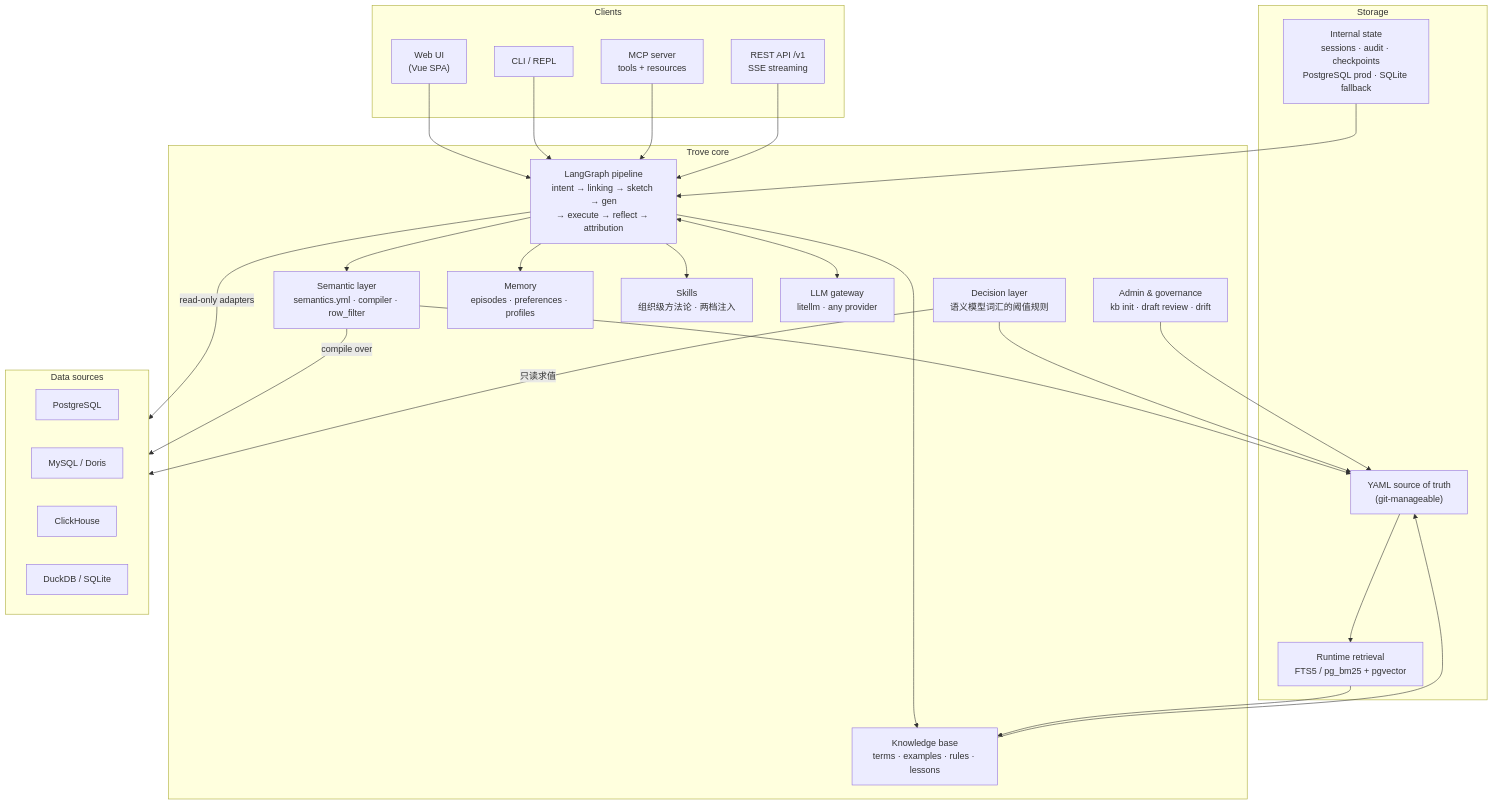
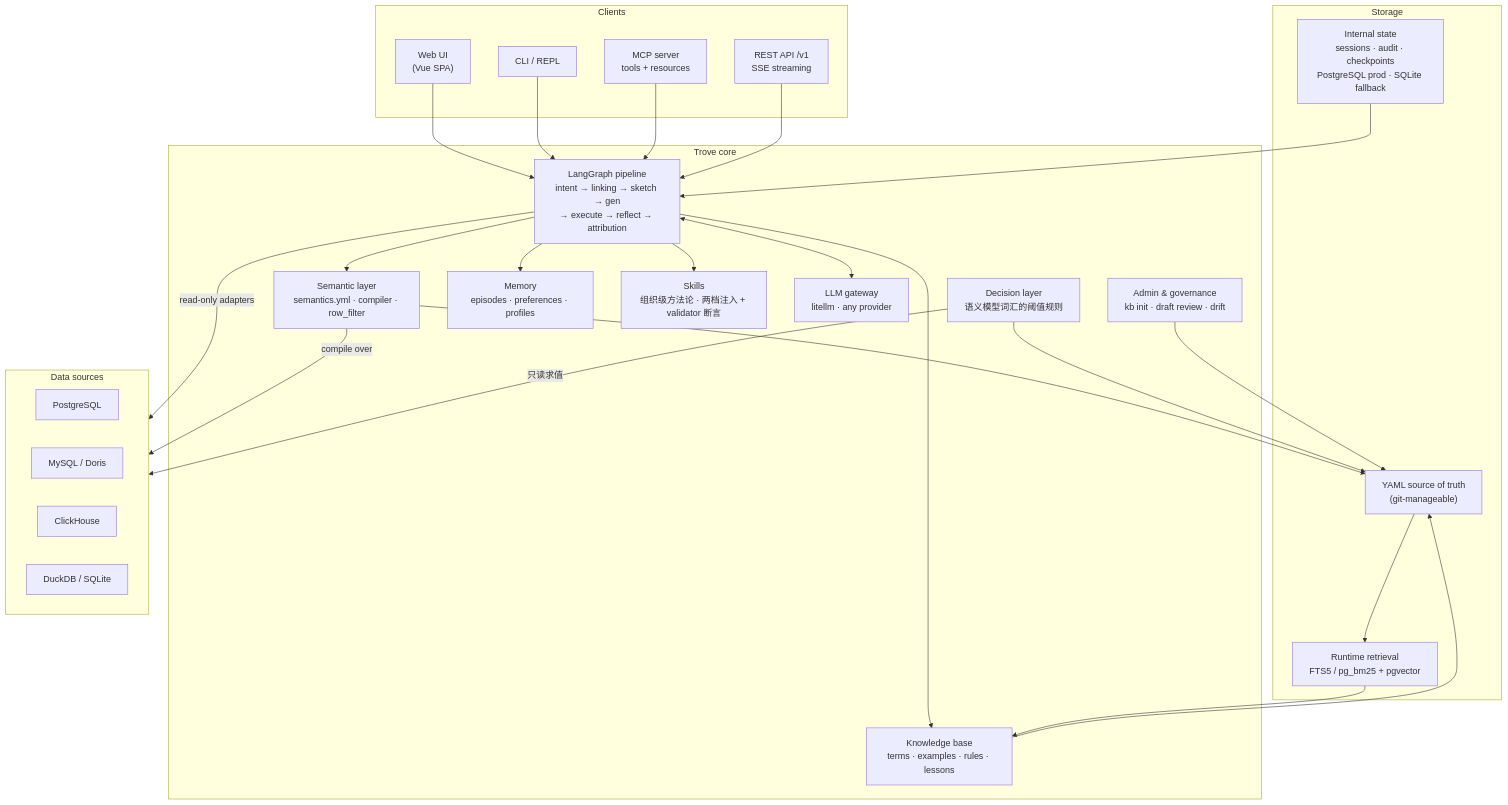
Before and after one commit to Nivane/trove: the first of 4 diagrams in README.md, drawn with Mermaid. The commit also changed other lines of this file and 25 other files, not shown here.

````diff
--- a/README.md
+++ b/README.md
@@ -74,47 +74,47 @@
 ```mermaid
 flowchart TB
     subgraph clients["Clients"]
         UI["Web UI<br/>(Vue SPA)"]
         REPL["CLI / REPL"]
         MCP["MCP server<br/>tools + resources"]
         API["REST API /v1<br/>SSE streaming"]
     end
 
     subgraph core["Trove core"]
         wf["LangGraph pipeline<br/>intent → linking → sketch → gen<br/>→ execute → reflect → attribution"]
         semantic["Semantic layer<br/>semantics.yml · compiler · row_filter"]
         kb["Knowledge base<br/>terms · examples · rules · lessons"]
         decision["Decision layer<br/>语义模型词汇的阈值规则"]
         memory["Memory<br/>episodes · preferences · profiles"]
-        skills["Skills<br/>组织级方法论 · 两档注入"]
+        skills["Skills<br/>组织级方法论 · 两档注入 + validator 断言"]
         llm["LLM gateway<br/>litellm · any provider"]
         admin["Admin & governance<br/>kb init · draft review · drift"]
     end
 
     subgraph store["Storage"]
         yaml_src["YAML source of truth<br/>(git-manageable)"]
         rt["Runtime retrieval<br/>FTS5 / pg_bm25 + pgvector"]
         state_store["Internal state<br/>sessions · audit · checkpoints<br/>PostgreSQL prod · SQLite fallback"]
     end
 
     subgraph sources["Data sources"]
         src_pg["PostgreSQL"]
         src_my["MySQL / Doris"]
         src_ch["ClickHouse"]
         src_dk["DuckDB / SQLite"]
     end
 
     UI & REPL & MCP & API --> wf
     wf <--> llm
     wf --> semantic & kb & memory & skills
     semantic --> yaml_src
     kb --> yaml_src
     decision --> yaml_src
     yaml_src --> rt
     rt --> kb
     wf -->|"read-only adapters"| sources
     semantic -->|"compile over"| sources
     decision -->|"只读求值"| sources
     admin --> yaml_src
     state_store --> wf
 ```
````
